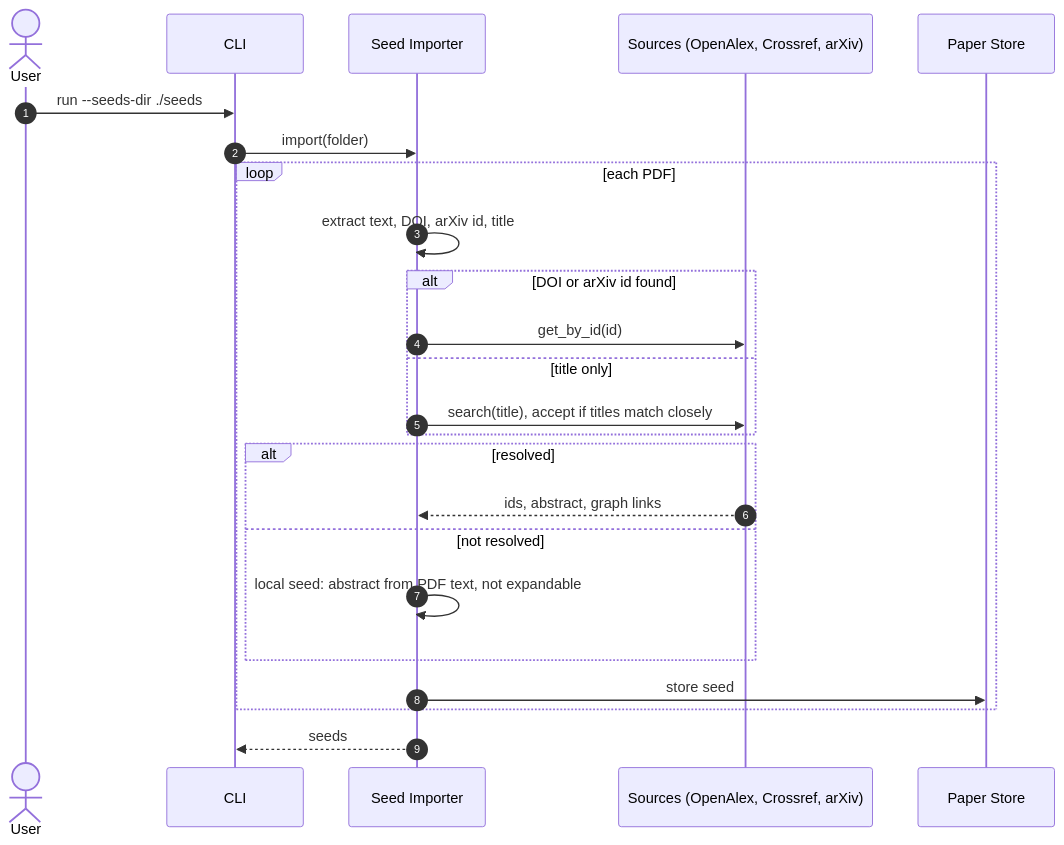
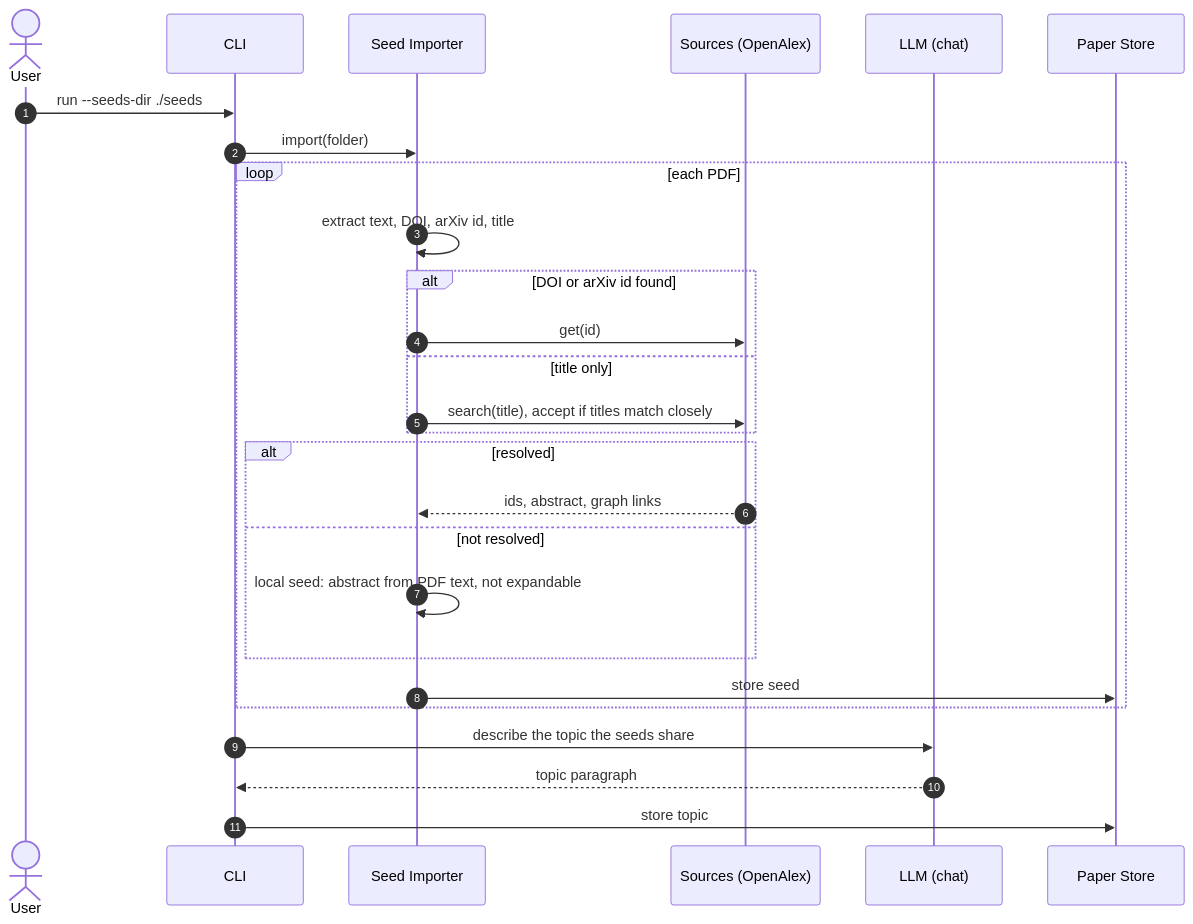
The second of 6 diagrams in docs/sequence-diagrams.md (soorimess/litscout), drawn with Mermaid before and after one commit. The commit also changed other lines of this file and 14 other files, not shown here.

````diff
--- a/docs/sequence-diagrams.md
+++ b/docs/sequence-diagrams.md
@@ -38,27 +39,30 @@
 ```mermaid
 sequenceDiagram
     autonumber
     actor User
     participant CLI
     participant SI as Seed Importer
-    participant SRC as Sources (OpenAlex, Crossref, arXiv)
+    participant SRC as Sources (OpenAlex)
+    participant LLM as LLM (chat)
     participant DB as Paper Store
 
     User->>CLI: run --seeds-dir ./seeds
     CLI->>SI: import(folder)
     loop each PDF
         SI->>SI: extract text, DOI, arXiv id, title
         alt DOI or arXiv id found
-            SI->>SRC: get_by_id(id)
+            SI->>SRC: get(id)
         else title only
             SI->>SRC: search(title), accept if titles match closely
         end
         alt resolved
             SRC-->>SI: ids, abstract, graph links
         else not resolved
             SI->>SI: local seed: abstract from PDF text, not expandable
         end
         SI->>DB: store seed
     end
-    SI-->>CLI: seeds
+    CLI->>LLM: describe the topic the seeds share
+    LLM-->>CLI: topic paragraph
+    CLI->>DB: store topic
 ```
````
